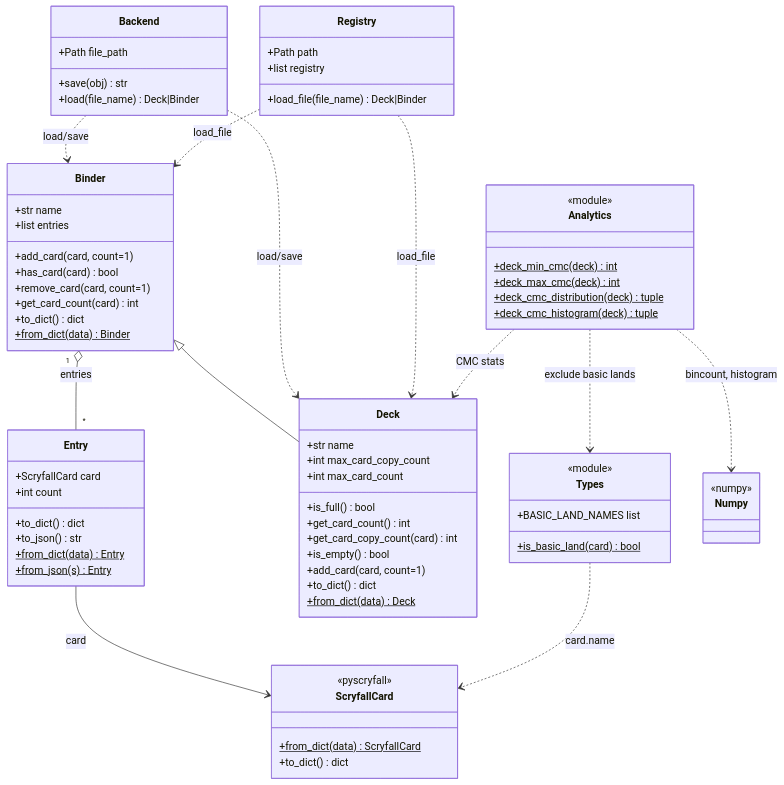
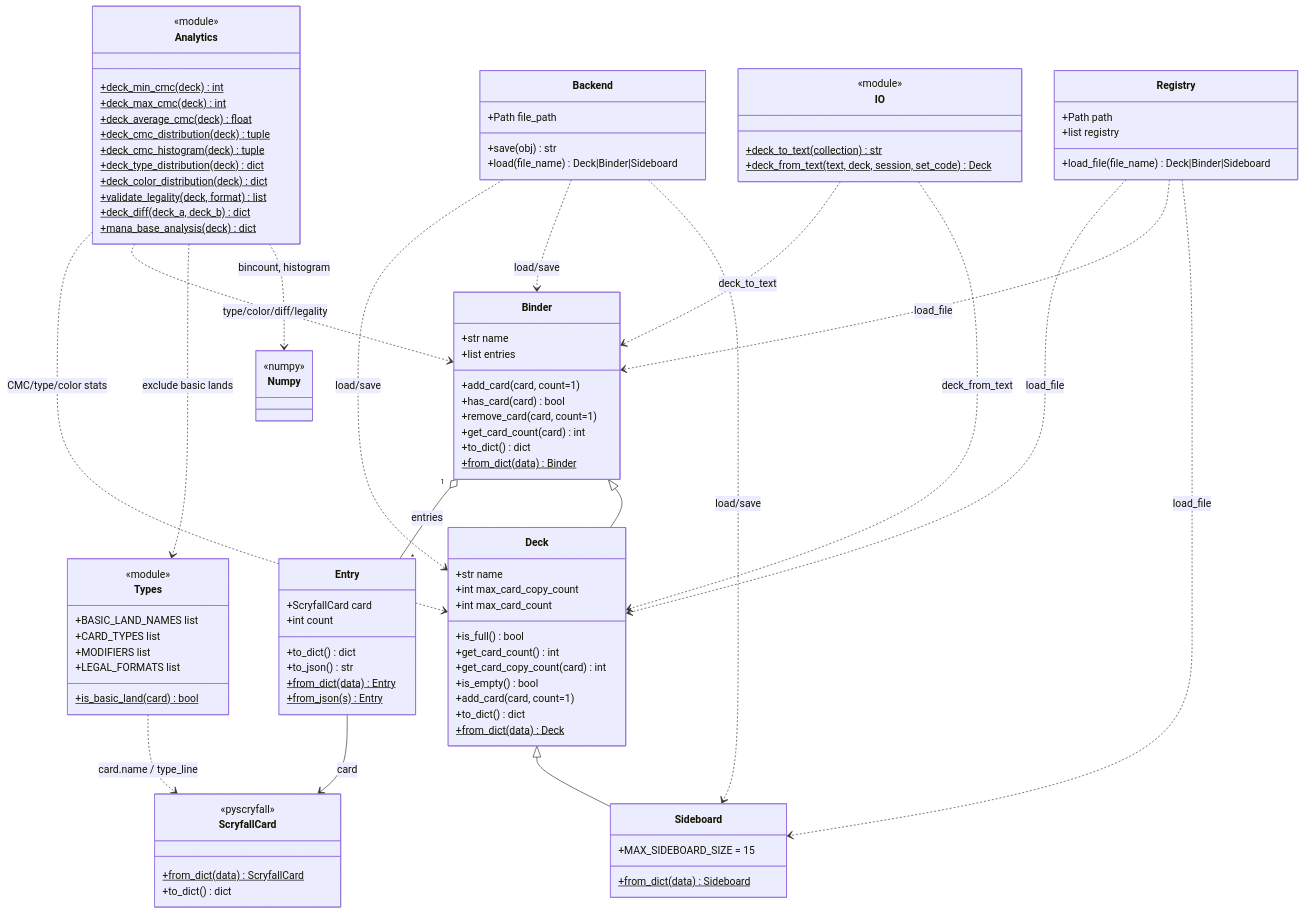
The diagram in README.md (mcaimi/pymtgdeck), drawn with Mermaid before and after one commit. The commit also changed other lines of this file, not shown here.

````diff
--- a/README.md
+++ b/README.md
@@ -88,30 +92,50 @@
         +from_dict(data) Deck$
     }
 
+    class Sideboard {
+        +MAX_SIDEBOARD_SIZE = 15
+        +from_dict(data) Sideboard$
+    }
+
     class Backend {
         +Path file_path
         +save(obj) str
-        +load(file_name) Deck|Binder
+        +load(file_name) Deck|Binder|Sideboard
     }
 
     class Registry {
         +Path path
         +list registry
-        +load_file(file_name) Deck|Binder
+        +load_file(file_name) Deck|Binder|Sideboard
     }
 
     class Types {
         <<module>>
         +is_basic_land(card) bool$
         +BASIC_LAND_NAMES list
+        +CARD_TYPES list
+        +MODIFIERS list
+        +LEGAL_FORMATS list
     }
 
     class Analytics {
         <<module>>
         +deck_min_cmc(deck) int$
         +deck_max_cmc(deck) int$
+        +deck_average_cmc(deck) float$
         +deck_cmc_distribution(deck) tuple$
         +deck_cmc_histogram(deck) tuple$
+        +deck_type_distribution(deck) dict$
+        +deck_color_distribution(deck) dict$
+        +validate_legality(deck, format) list$
+        +deck_diff(deck_a, deck_b) dict$
+        +mana_base_analysis(deck) dict$
+    }
+
+    class IO {
+        <<module>>
+        +deck_to_text(collection) str$
+        +deck_from_text(text, deck, session, set_code) Deck$
     }
 
     class Numpy {
@@ -121,12 +145,18 @@
     Entry --> ScryfallCard : card
     Binder "1" o-- "*" Entry : entries
     Binder <|-- Deck
+    Deck <|-- Sideboard
     Backend ..> Deck : load/save
     Backend ..> Binder : load/save
+    Backend ..> Sideboard : load/save
     Registry ..> Deck : load_file
     Registry ..> Binder : load_file
-    Analytics ..> Deck : CMC stats
+    Registry ..> Sideboard : load_file
+    Analytics ..> Deck : CMC/type/color stats
+    Analytics ..> Binder : type/color/diff/legality
     Analytics ..> Types : exclude basic lands
     Analytics ..> Numpy : bincount, histogram
-    Types ..> ScryfallCard : card.name
+    Types ..> ScryfallCard : card.name / type_line
+    IO ..> Binder : deck_to_text
+    IO ..> Deck : deck_from_text
 ```
````
